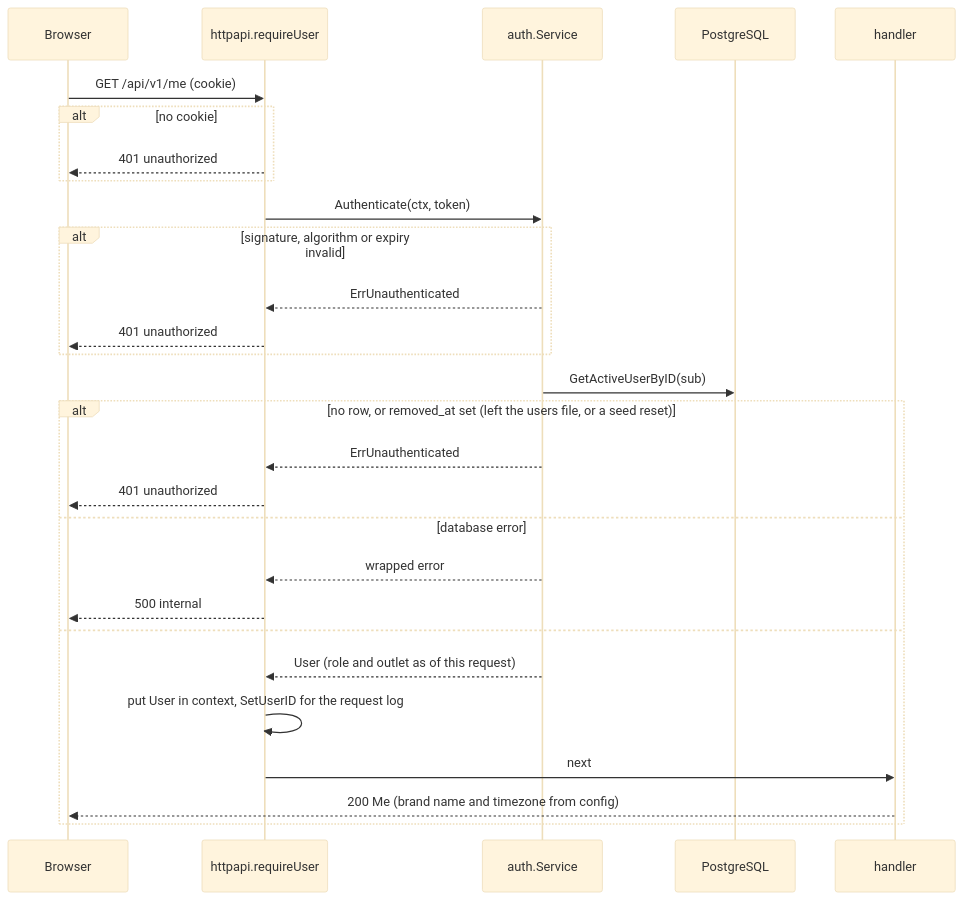
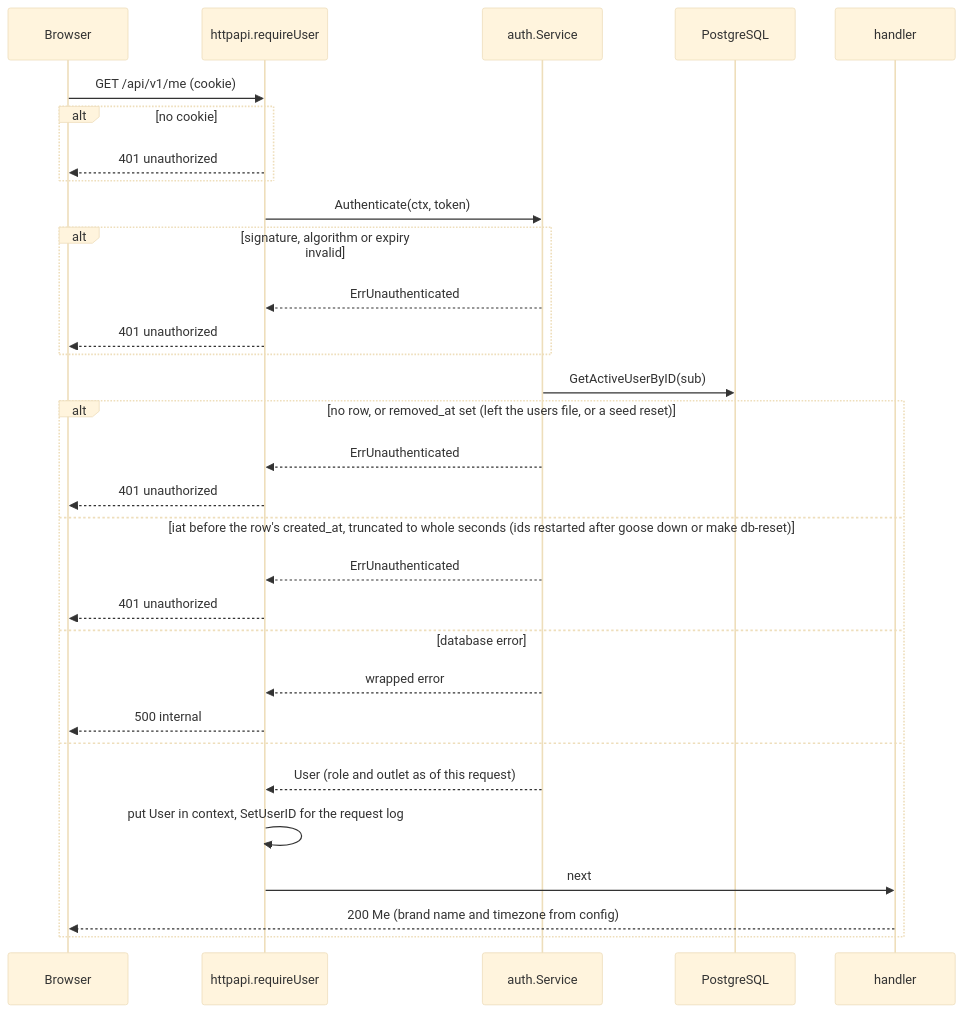
Before and after one commit to manikorimilli/outlet-owl: the third of 7 diagrams in docs/design/phase-1-server-lld.md, drawn with Mermaid (base theme). The commit also changed other lines of this file and 4 other files, not shown here.

````diff
--- a/docs/design/phase-1-server-lld.md
+++ b/docs/design/phase-1-server-lld.md
@@ -175,30 +194,33 @@
 ```mermaid
 sequenceDiagram
     participant B as Browser
     participant S as httpapi.requireUser
     participant A as auth.Service
     participant PG as PostgreSQL
     participant H as handler
     B->>S: GET /api/v1/me (cookie)
     alt no cookie
         S-->>B: 401 unauthorized
     end
     S->>A: Authenticate(ctx, token)
     alt signature, algorithm or expiry invalid
         A-->>S: ErrUnauthenticated
         S-->>B: 401 unauthorized
     end
     A->>PG: GetActiveUserByID(sub)
     alt no row, or removed_at set (left the users file, or a seed reset)
         A-->>S: ErrUnauthenticated
         S-->>B: 401 unauthorized
+    else iat before the row's created_at, truncated to whole seconds (ids restarted after goose down or make db-reset)
+        A-->>S: ErrUnauthenticated
+        S-->>B: 401 unauthorized
     else database error
         A-->>S: wrapped error
         S-->>B: 500 internal
     else
         A-->>S: User (role and outlet as of this request)
         S->>S: put User in context, SetUserID for the request log
         S->>H: next
         H-->>B: 200 Me (brand name and timezone from config)
     end
 ```
````
